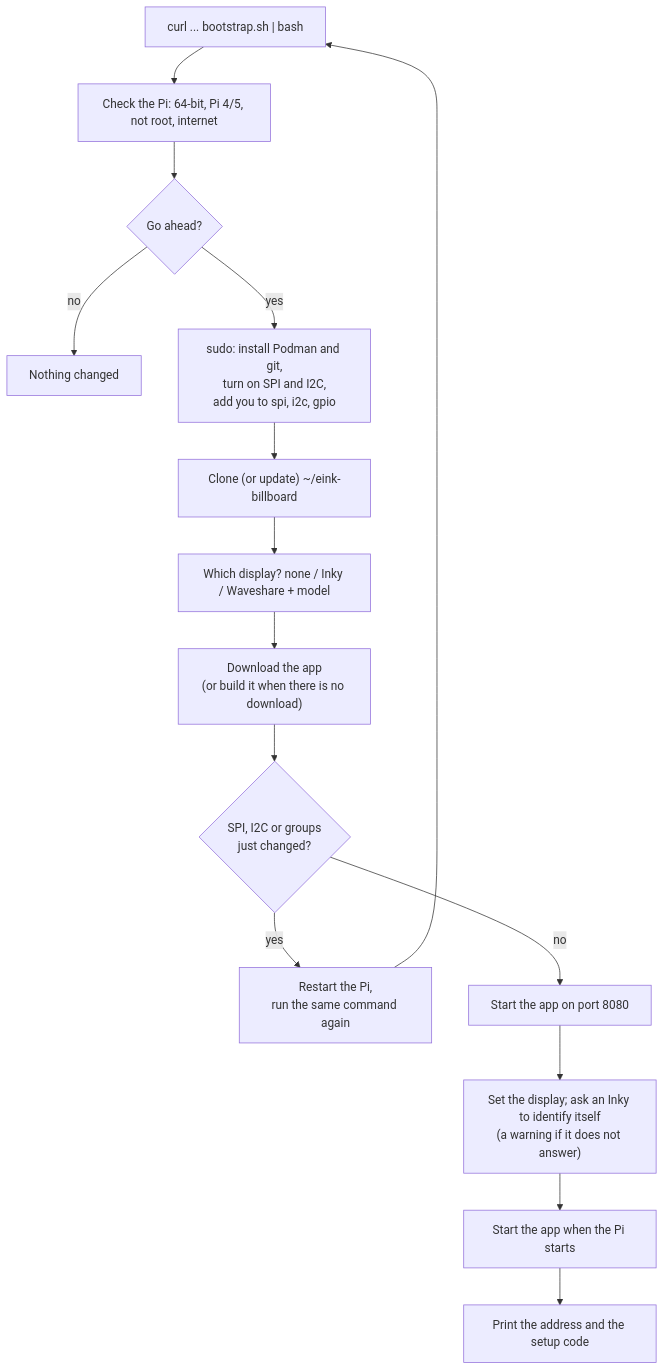
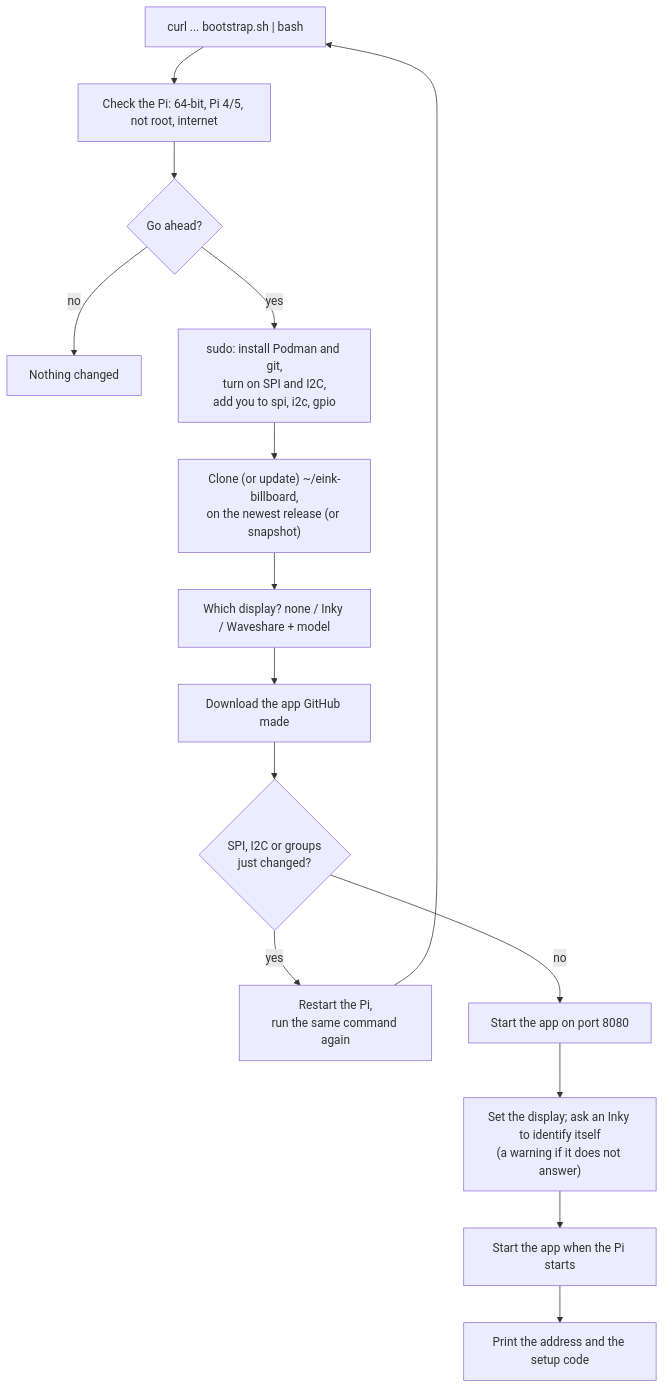
Before and after one commit to escape-llc/eink-billboard: the diagram in readme.md, drawn with Mermaid. The commit also changed other lines of this file and 5 other files, not shown here.

````diff
--- a/readme.md
+++ b/readme.md
@@ -31,17 +31,17 @@
 ```mermaid
 flowchart TD
     A["curl ... bootstrap.sh | bash"] --> B["Check the Pi: 64-bit, Pi 4/5, not root, internet"]
     B --> C{"Go ahead?"}
     C -- no --> X["Nothing changed"]
     C -- yes --> D["sudo: install Podman and git,<br/>turn on SPI and I2C,<br/>add you to spi, i2c, gpio"]
-    D --> E["Clone (or update) ~/eink-billboard"]
+    D --> E["Clone (or update) ~/eink-billboard,<br/>on the newest release (or snapshot)"]
     E --> F["Which display? none / Inky / Waveshare + model"]
-    F --> G["Download the app<br/>(or build it when there is no download)"]
+    F --> G["Download the app GitHub made"]
     G --> H{"SPI, I2C or groups<br/>just changed?"}
     H -- yes --> R["Restart the Pi,<br/>run the same command again"]
     R --> A
     H -- no --> I["Start the app on port 8080"]
     I --> J["Set the display; ask an Inky to identify itself<br/>(a warning if it does not answer)"]
     J --> K["Start the app when the Pi starts"]
     K --> L["Print the address and the setup code"]
 ```
````
